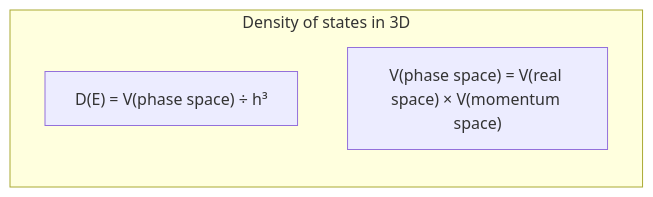
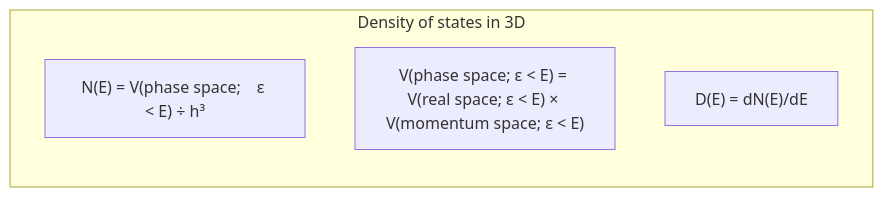
One commit to yamato97/science changed the diagram in dos.md. Above: the diagram before and after it, drawn with Mermaid.

Commit message:
dos updated

````diff
--- a/dos.md
+++ b/dos.md
@@ -47,7 +47,8 @@
 ```mermaid
 graph LR
 subgraph Density of states in 3D
-A["D(E) = V(phase space) &divide; h&sup3;"]
-B["V(phase space) = V(real space) &times; V(momentum space)"]
+A["N(E) = V(phase space;　&epsilon; < E) &divide; h&sup3;"]
+B["V(phase space; &epsilon; < E) = V(real space; &epsilon; < E) &times; V(momentum space; &epsilon; < E)"]
+C["D(E) = dN(E)/dE"]
 end
 ```
````
